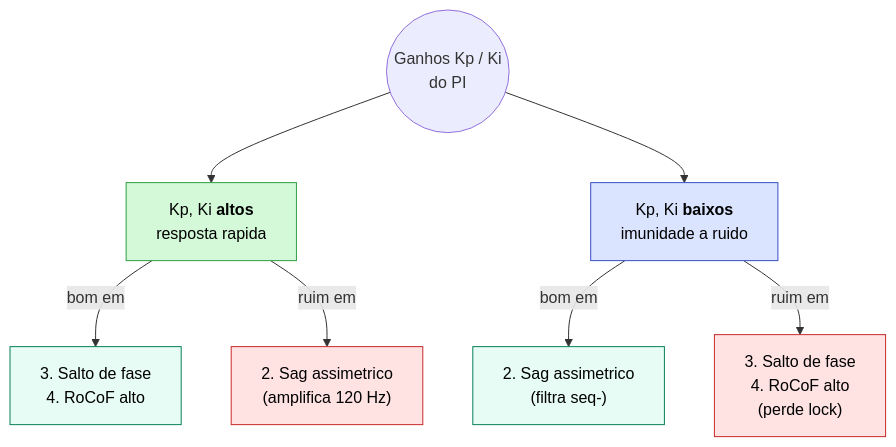
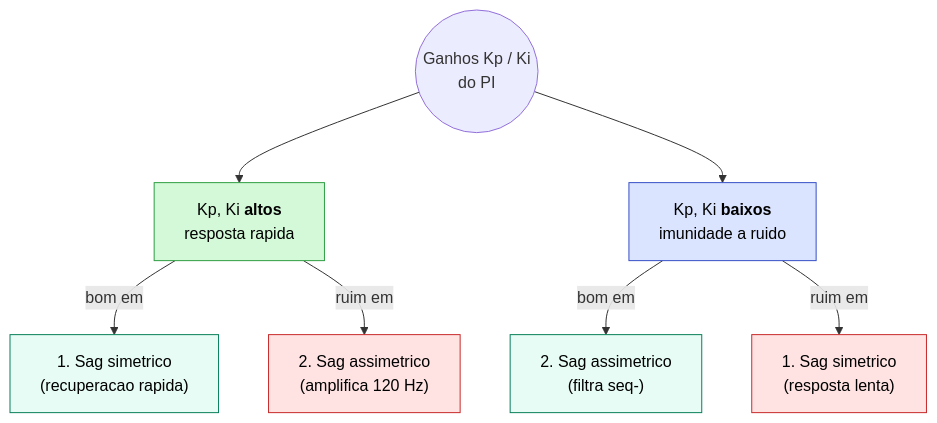
Before and after one commit to GGHB0/pll_stability_9bus: the diagram in README.md, drawn with Mermaid. The commit also changed other lines of this file and 1 other file, not shown here.

First line of the commit message:
refactor(docs): remove RoCoF e salto de fase dos cenários de contingência

````diff
--- a/README.md
+++ b/README.md
@@ -100,19 +100,19 @@
 ```mermaid
 flowchart TB
     Centro(("Ganhos Kp / Ki<br/>do PI"))
     Alto["Kp, Ki <b>altos</b><br/>resposta rapida"]:::a
     Baixo["Kp, Ki <b>baixos</b><br/>imunidade a ruido"]:::b
 
     Centro --> Alto
     Centro --> Baixo
 
-    Alto -- "bom em" --> R1["3. Salto de fase<br/>4. RoCoF alto"]:::good
+    Alto -- "bom em" --> R1["1. Sag simetrico<br/>(recuperacao rapida)"]:::good
     Alto -- "ruim em" --> R2["2. Sag assimetrico<br/>(amplifica 120 Hz)"]:::bad
     Baixo -- "bom em" --> R3["2. Sag assimetrico<br/>(filtra seq-)"]:::good
-    Baixo -- "ruim em" --> R4["3. Salto de fase<br/>4. RoCoF alto<br/>(perde lock)"]:::bad
+    Baixo -- "ruim em" --> R4["1. Sag simetrico<br/>(resposta lenta)"]:::bad
 
     classDef a fill:#d3f9d8,stroke:#2f9e44,color:#000
     classDef b fill:#dbe4ff,stroke:#364fc7,color:#000
     classDef good fill:#e6fcf5,stroke:#087f5b,color:#000
     classDef bad  fill:#ffe3e3,stroke:#c92a2a,color:#000
 ```
````
